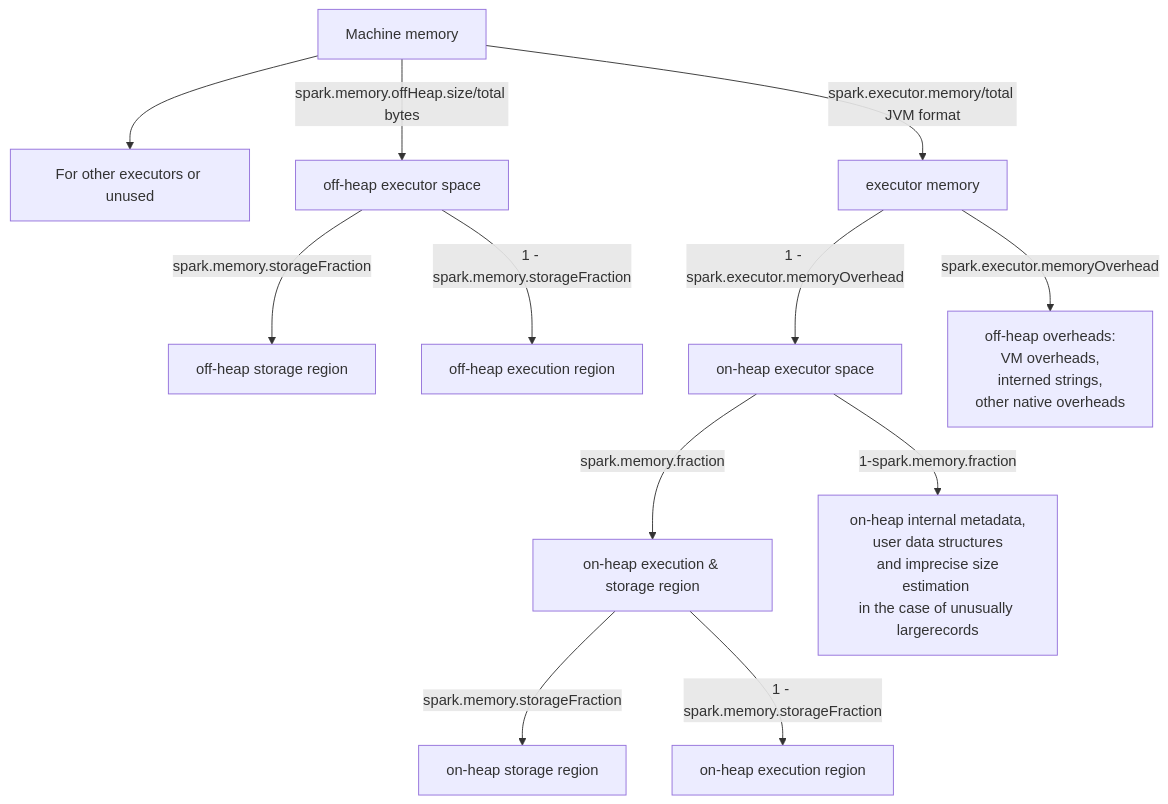
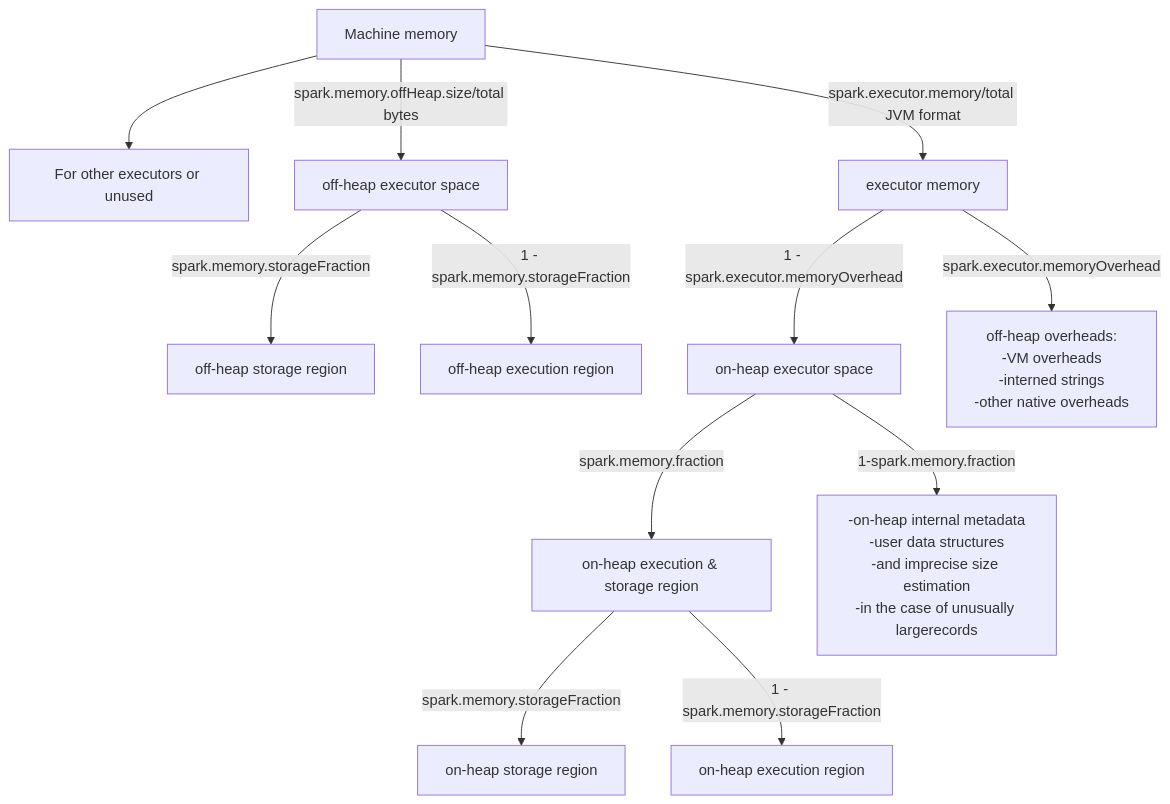
The diagram in spark.md (EnzoBnl/enzobnl), drawn with Mermaid before and after one commit. The commit also changed other lines of this file, not shown here.

````diff
--- a/spark.md
+++ b/spark.md
@@ -46,26 +49,26 @@
 ```mermaid
 graph TB
 -4[executor memory]
--3[off-heap overheads:<br/>VM overheads,<br/> interned strings,<br/>other native overheads]
+-3[off-heap overheads:<br/>-VM overheads<br/>-interned strings<br/>-other native overheads]
 -2[For other executors or unused]
 -1[Machine memory]
 0[on-heap execution & storage region]
 1[on-heap executor space]
 2[off-heap executor space]
 3[on-heap execution region]
 4[on-heap storage region]
 33[off-heap execution region]
 44[off-heap storage region]
-5[on-heap internal metadata,<br/>user data structures<br/> and imprecise size estimation <br/>in the case of unusually largerecords]
+5[-on-heap internal metadata<br/>-user data structures<br/>-and imprecise size estimation<br/>-in the case of unusually largerecords]
 -1 --> -2
 -1--spark.memory.offHeap.size/total bytes-->2
 -1--spark.executor.memory/total JVM format-->-4
 -4 --1 - spark.executor.memoryOverhead -->1
 -4 -- spark.executor.memoryOverhead -->-3
 1 --spark.memory.fraction-->0
 1 --1-spark.memory.fraction-->5
 0 -- spark.memory.storageFraction--> 4
 0 --1 - spark.memory.storageFraction--> 3
 2 -- spark.memory.storageFraction--> 44
 2 --1 - spark.memory.storageFraction--> 33
 ```
````
